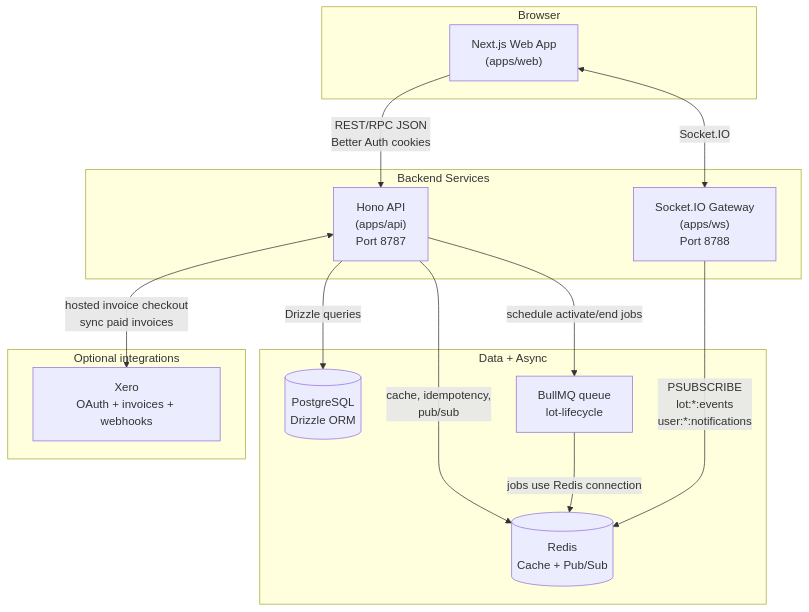
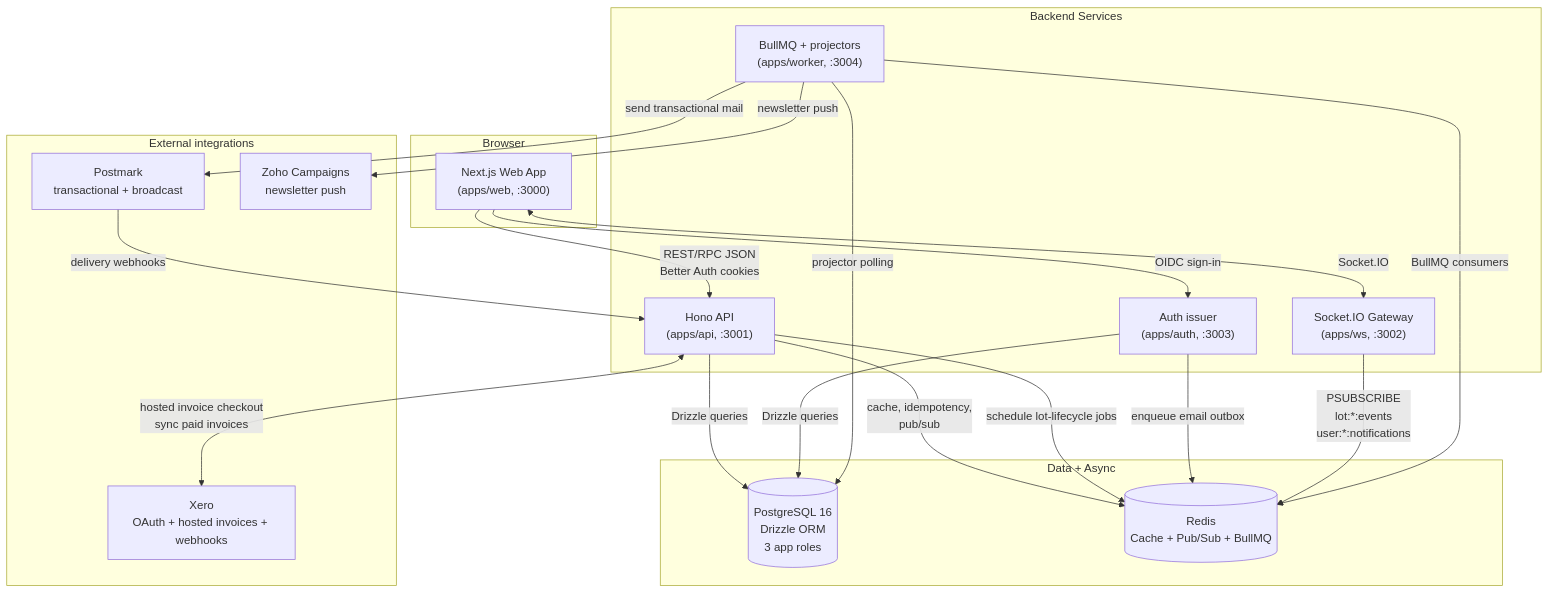
The first of 8 diagrams in docs/DIAGRAMS.md (LAX-UK/monorepo), drawn with Mermaid before and after one commit. The commit also changed other lines of this file and 24 other files, not shown here.

````diff
--- a/docs/DIAGRAMS.md
+++ b/docs/DIAGRAMS.md
@@ -9,30 +11,40 @@
 ```mermaid
 flowchart TB
     subgraph Client["Browser"]
-        WEB["Next.js Web App<br/>(apps/web)"]
+        WEB["Next.js Web App<br/>(apps/web, :3000)"]
     end
 
     subgraph Backend["Backend Services"]
-        API["Hono API<br/>(apps/api)<br/>Port 8787"]
-        WS["Socket.IO Gateway<br/>(apps/ws)<br/>Port 8788"]
+        API["Hono API<br/>(apps/api, :3001)"]
+        AUTH["Auth issuer<br/>(apps/auth, :3003)"]
+        WS["Socket.IO Gateway<br/>(apps/ws, :3002)"]
+        WORKER["BullMQ + projectors<br/>(apps/worker, :3004)"]
     end
 
     subgraph Data["Data + Async"]
-        PG[("PostgreSQL<br/>Drizzle ORM")]
-        REDIS[("Redis<br/>Cache + Pub/Sub")]
-        BULL["BullMQ queue<br/>lot-lifecycle"]
+        PG[("PostgreSQL 16<br/>Drizzle ORM<br/>3 app roles")]
+        REDIS[("Redis<br/>Cache + Pub/Sub + BullMQ")]
     end
 
-    subgraph External["Optional integrations"]
-        XERO["Xero<br/>OAuth + invoices + webhooks"]
+    subgraph External["External integrations"]
+        XERO["Xero<br/>OAuth + hosted invoices + webhooks"]
+        POSTMARK["Postmark<br/>transactional + broadcast"]
+        ZOHO_C["Zoho Campaigns<br/>newsletter push"]
     end
 
     WEB -->|"REST/RPC JSON<br/>Better Auth cookies"| API
+    WEB -->|"OIDC sign-in"| AUTH
     WEB <-->|"Socket.IO"| WS
     API -->|"Drizzle queries"| PG
+    AUTH -->|"Drizzle queries"| PG
     API -->|"cache, idempotency,<br/>pub/sub"| REDIS
-    API -->|"schedule activate/end jobs"| BULL
-    BULL -->|"jobs use Redis connection"| REDIS
+    API -->|"schedule lot-lifecycle jobs"| REDIS
+    AUTH -->|"enqueue email outbox"| REDIS
     WS -->|"PSUBSCRIBE<br/>lot:*:events<br/>user:*:notifications"| REDIS
+    WORKER -->|"BullMQ consumers"| REDIS
+    WORKER -->|"projector polling"| PG
     API <-->|"hosted invoice checkout<br/>sync paid invoices"| XERO
+    WORKER -->|"send transactional mail"| POSTMARK
+    POSTMARK -->|"delivery webhooks"| API
+    WORKER -->|"newsletter push"| ZOHO_C
 ```
````
